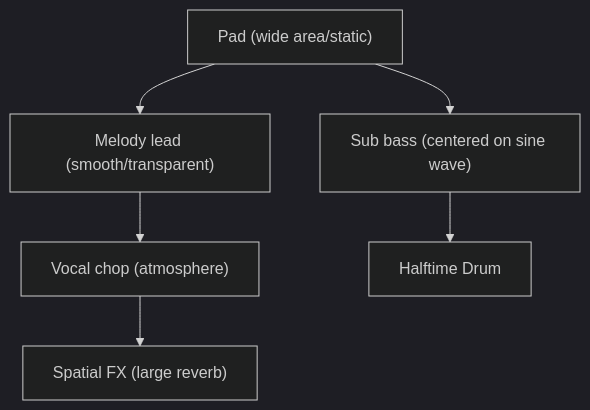
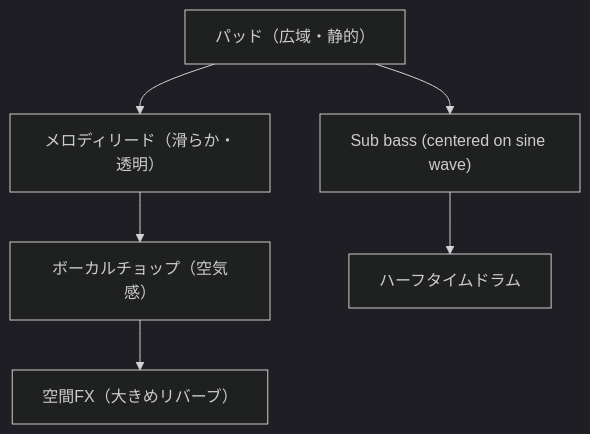
One commit to monumental-movement/monumental-movement.github.io changed the second of 2 diagrams in en/_posts/2025-12-12-column-chillstep-liquid-dubstep.md. Above: the diagram before and after it, drawn with Mermaid (dark theme). The commit also changed other lines of this file and 2196 other files, not shown here.

```diff
--- a/en/_posts/2025-12-12-column-chillstep-liquid-dubstep.md
+++ b/en/_posts/2025-12-12-column-chillstep-liquid-dubstep.md
@@ -261,8 +261,8 @@
 <div class="mermaid">
 flowchart TD
-    A["Pad (wide area/static)"] --> B["Melody lead (smooth/transparent)"]
+    A["パッド（広域・静的）"] --> B["メロディリード（滑らか・透明）"]
     A --> C["Sub bass (centered on sine wave)"]
-    B --> D["Vocal chop (atmosphere)"]
-    C --> E["Halftime Drum"]
-    D --> F["Spatial FX (large reverb)"]
+    B --> D["ボーカルチョップ（空気感）"]
+    C --> E["ハーフタイムドラム"]
+    D --> F["空間FX（大きめリバーブ）"]
 </div>
```
